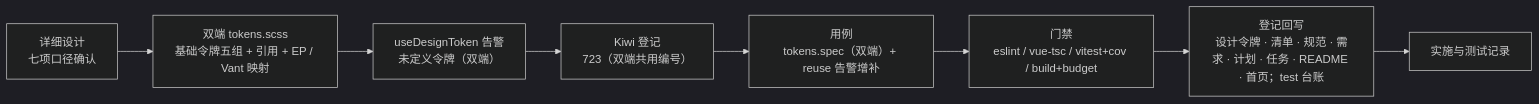
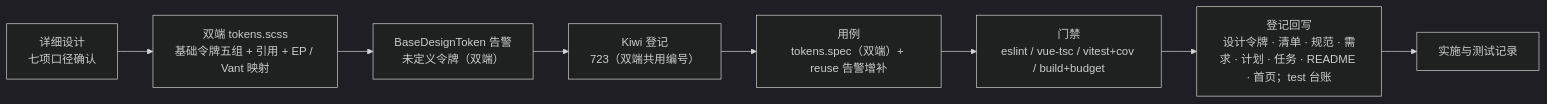
The diagram in bms文档/项目/04_前端组件库/任务/03_布局组件类/03_布局组件类_06_基础令牌落地/实施/01_实施_06_基础令牌落地.md (minjian123/basic-management-system), drawn with Mermaid (dark theme) before and after one commit. The commit also changed other lines of this file and 134 other files, not shown here.

````diff
--- a/bms文档/项目/04_前端组件库/任务/03_布局组件类/03_布局组件类_06_基础令牌落地/实施/01_实施_06_基础令牌落地.md
+++ b/bms文档/项目/04_前端组件库/任务/03_布局组件类/03_布局组件类_06_基础令牌落地/实施/01_实施_06_基础令牌落地.md
@@ -23,10 +23,10 @@
 ```mermaid
 flowchart LR
     D["详细设计<br/>七项口径确认"] --> T1["双端 tokens.scss<br/>基础令牌五组 + 引用 + EP / Vant 映射"]
-    T1 --> W["useDesignToken 告警<br/>未定义令牌（双端）"]
+    T1 --> W["BaseDesignToken 告警<br/>未定义令牌（双端）"]
     W --> K["Kiwi 登记<br/>723（双端共用编号）"]
     K --> TS["用例<br/>tokens.spec（双端）+ reuse 告警增补"]
     TS --> G["门禁<br/>eslint / vue-tsc / vitest+cov / build+budget"]
     G --> R["登记回写<br/>设计令牌 · 清单 · 规范 · 需求 · 计划 · 任务 · README · 首页；test 台账"]
     R --> L["实施与测试记录"]
 ```
````
